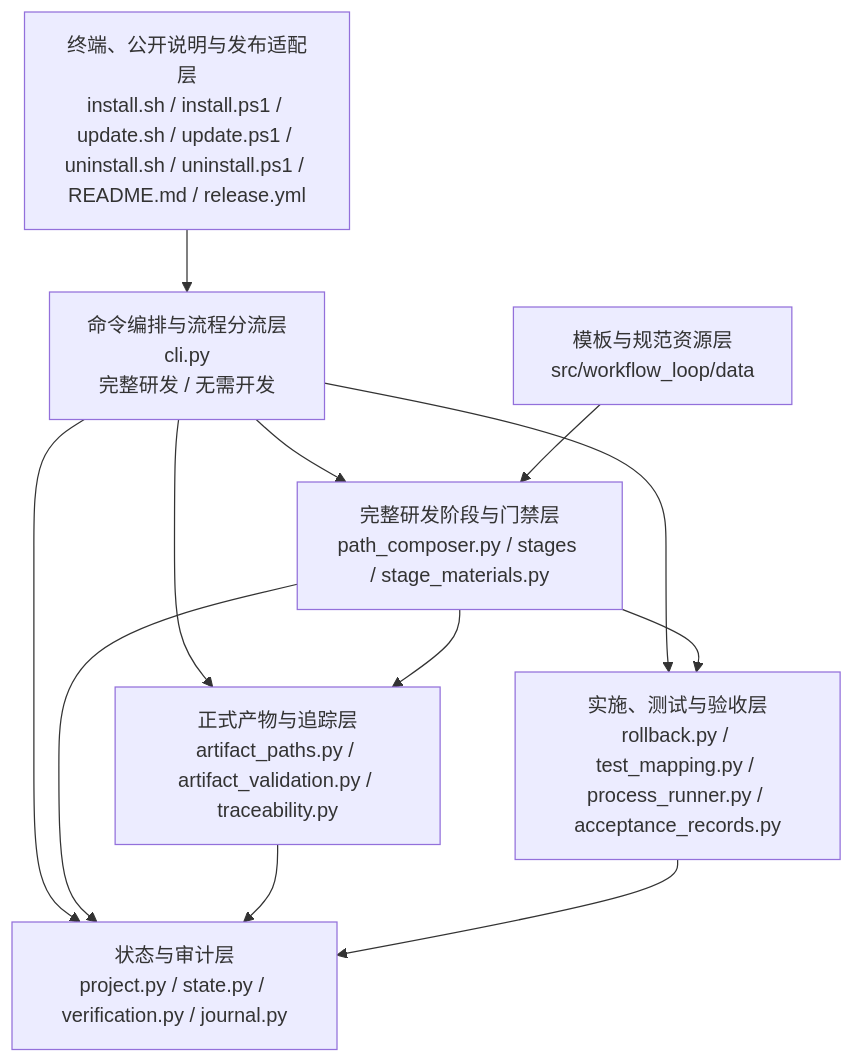
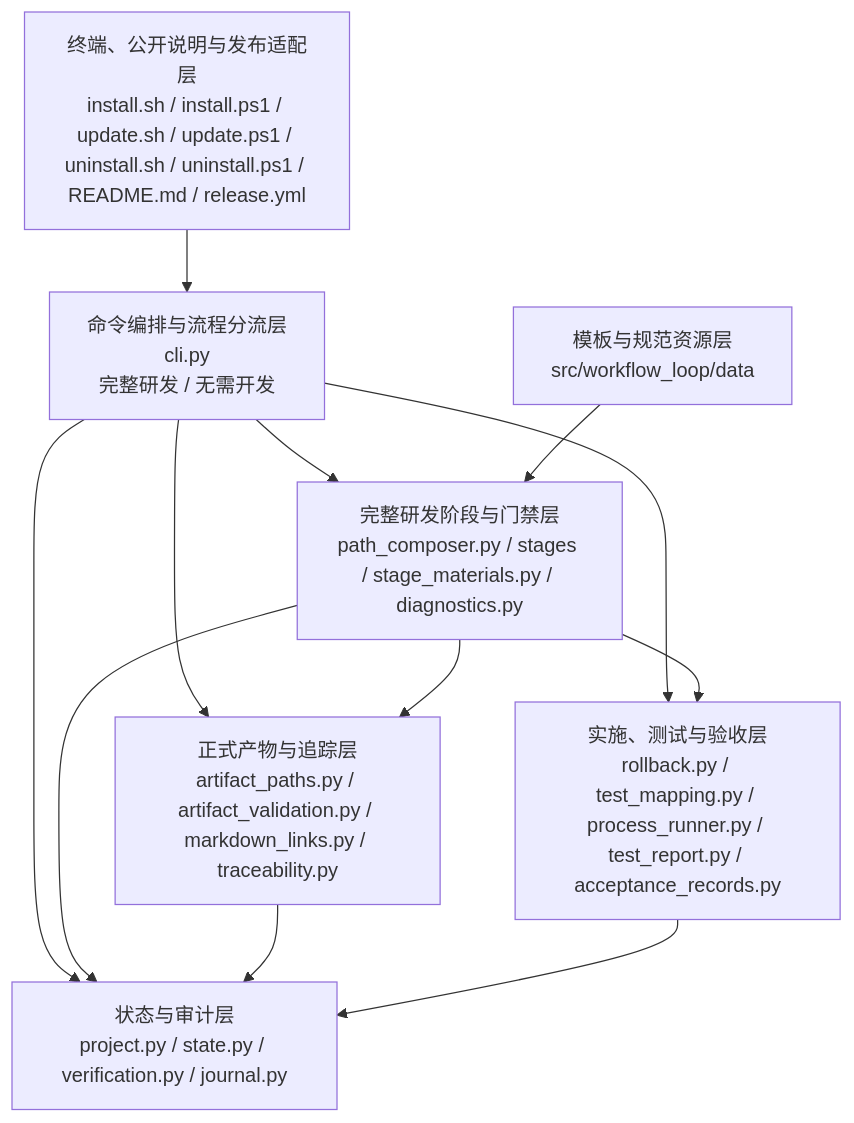
The first of 5 diagrams in spec/代码架构设计.md (yuzyf/workflow_loop), drawn with Mermaid before and after one commit. The commit also changed other lines of this file and 186 other files, not shown here.

````diff
--- a/spec/代码架构设计.md
+++ b/spec/代码架构设计.md
@@ -108,21 +119,21 @@
 ```mermaid
 flowchart TB
     A["终端、公开说明与发布适配层<br/>install.sh / install.ps1 / update.sh / update.ps1 / uninstall.sh / uninstall.ps1 / README.md / release.yml"]
     B["命令编排与流程分流层<br/>cli.py<br/>完整研发 / 无需开发"]
-    C["完整研发阶段与门禁层<br/>path_composer.py / stages / stage_materials.py"]
-    D["正式产物与追踪层<br/>artifact_paths.py / artifact_validation.py / traceability.py"]
-    E["实施、测试与验收层<br/>rollback.py / test_mapping.py / process_runner.py / acceptance_records.py"]
+    C["完整研发阶段与门禁层<br/>path_composer.py / stages / stage_materials.py / diagnostics.py"]
+    D["正式产物与追踪层<br/>artifact_paths.py / artifact_validation.py / markdown_links.py / traceability.py"]
+    E["实施、测试与验收层<br/>rollback.py / test_mapping.py / process_runner.py / test_report.py / acceptance_records.py"]
     F["状态与审计层<br/>project.py / state.py / verification.py / journal.py"]
     G["模板与规范资源层<br/>src/workflow_loop/data"]
     A --> B
     B --> C
     B --> F
     B --> D
     B --> E
     C --> D
     C --> E
     C --> F
     D --> F
     E --> F
     G --> C
 ```
````
